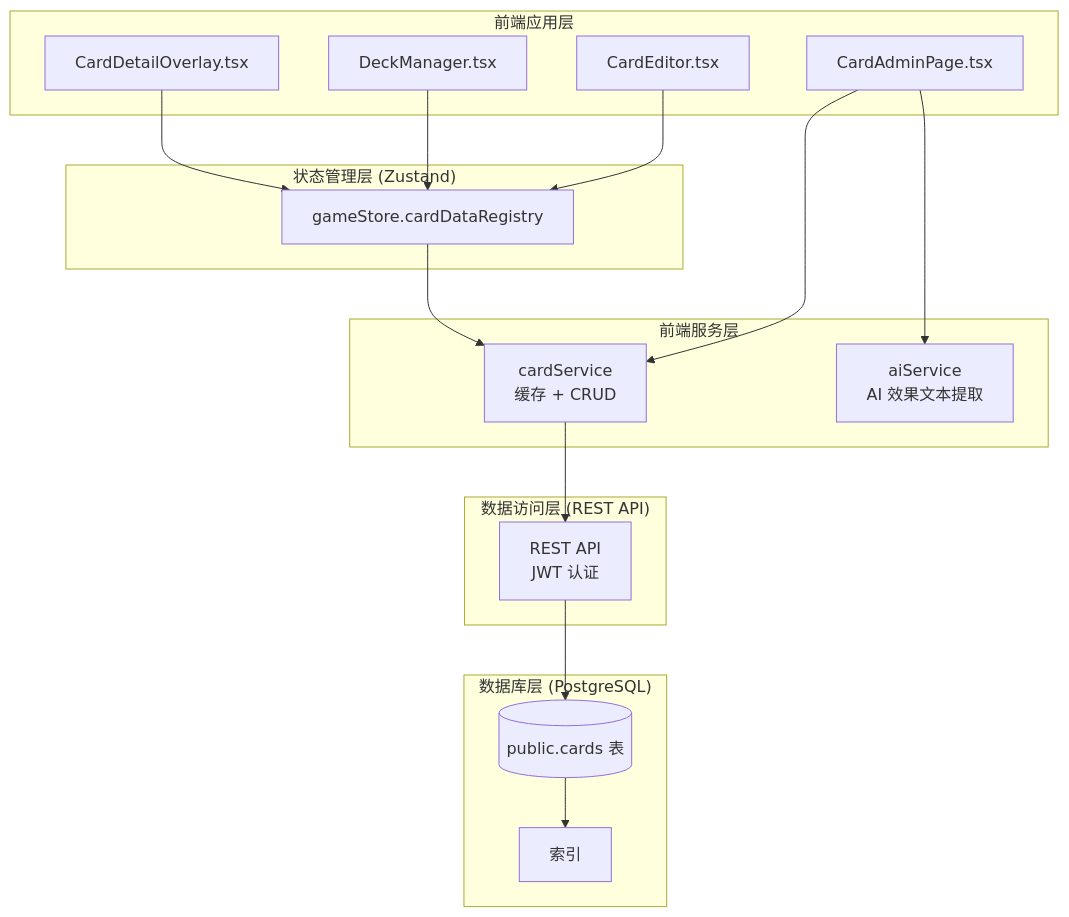
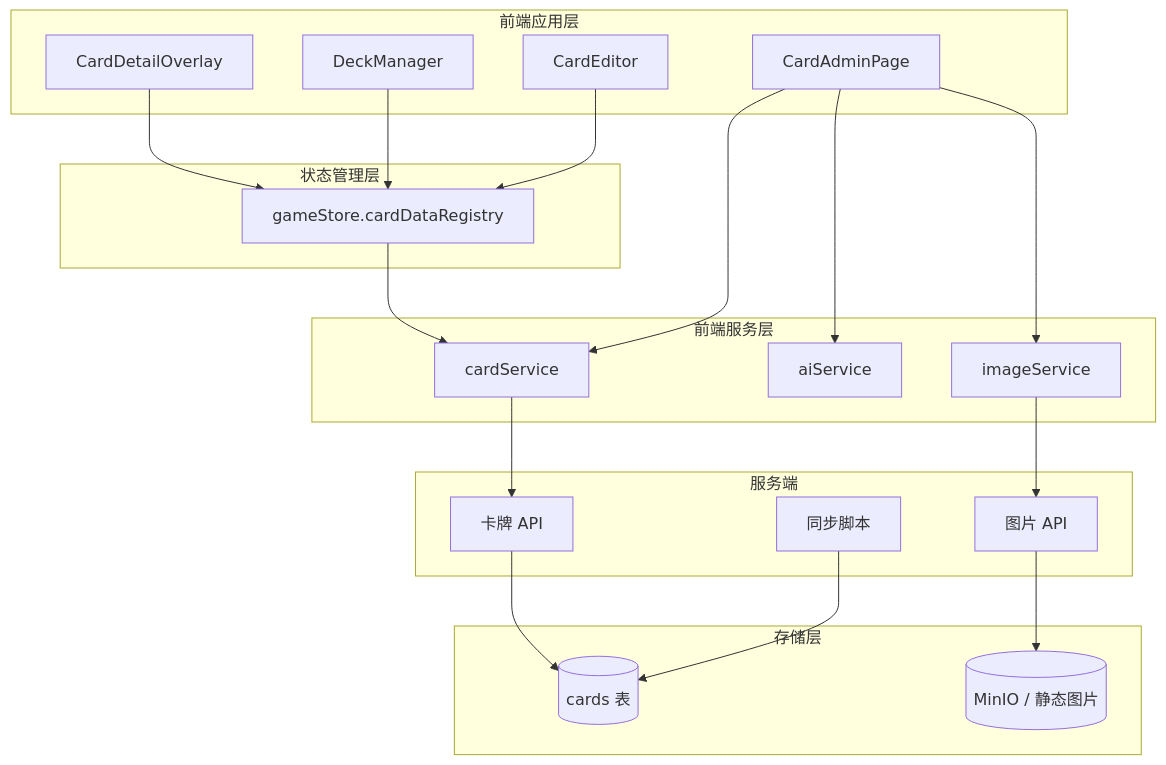
The first of 2 diagrams in docs/card-data-management/design.md (catmeow123456/loveca-dev), drawn with Mermaid before and after one commit. The commit also changed other lines of this file and 42 other files, not shown here.

````diff
--- a/docs/card-data-management/design.md
+++ b/docs/card-data-management/design.md
@@ -12,37 +21,43 @@
 ```mermaid
 flowchart TB
     subgraph Frontend["前端应用层"]
-        CAP[CardAdminPage.tsx]
-        CE[CardEditor.tsx]
-        DM[DeckManager.tsx]
-        CDO[CardDetailOverlay.tsx]
+        Admin[CardAdminPage]
+        DeckEditor[CardEditor]
+        DeckManager[DeckManager]
+        Overlay[CardDetailOverlay]
     end
 
-    subgraph Services["前端服务层"]
-        CS[cardService<br/>缓存 + CRUD]
-        AI[aiService<br/>AI 效果文本提取]
+    subgraph Service["前端服务层"]
+        CardService[cardService]
+        AIService[aiService]
+        ImageService[imageService]
     end
 
-    subgraph State["状态管理层 (Zustand)"]
-        GDR[gameStore.cardDataRegistry]
+    subgraph State["状态管理层"]
+        GameStore[gameStore.cardDataRegistry]
     end
 
-    subgraph DataAccess["数据访问层 (REST API)"]
-        SB[REST API<br/>JWT 认证]
+    subgraph Backend["服务端"]
+        CardRoutes[卡牌 API]
+        ImageRoutes[图片 API]
+        Sync[同步脚本]
     end
 
-    subgraph Database["数据库层 (PostgreSQL)"]
-        CARDS[(public.cards 表)]
-        IDX[索引]
+    subgraph Storage["存储层"]
+        Cards[(cards 表)]
+        Images[(MinIO / 静态图片)]
     end
 
-    CAP --> CS
-    CAP --> AI
-    CE --> GDR
-    DM --> GDR
-    CDO --> GDR
-    GDR --> CS
-    CS --> SB
-    SB --> CARDS
-    CARDS --> IDX
+    Admin --> CardService
+    Admin --> AIService
+    Admin --> ImageService
+    DeckEditor --> GameStore
+    DeckManager --> GameStore
+    Overlay --> GameStore
+    GameStore --> CardService
+    CardService --> CardRoutes
+    ImageService --> ImageRoutes
+    Sync --> Cards
+    CardRoutes --> Cards
+    ImageRoutes --> Images
 ```
````
